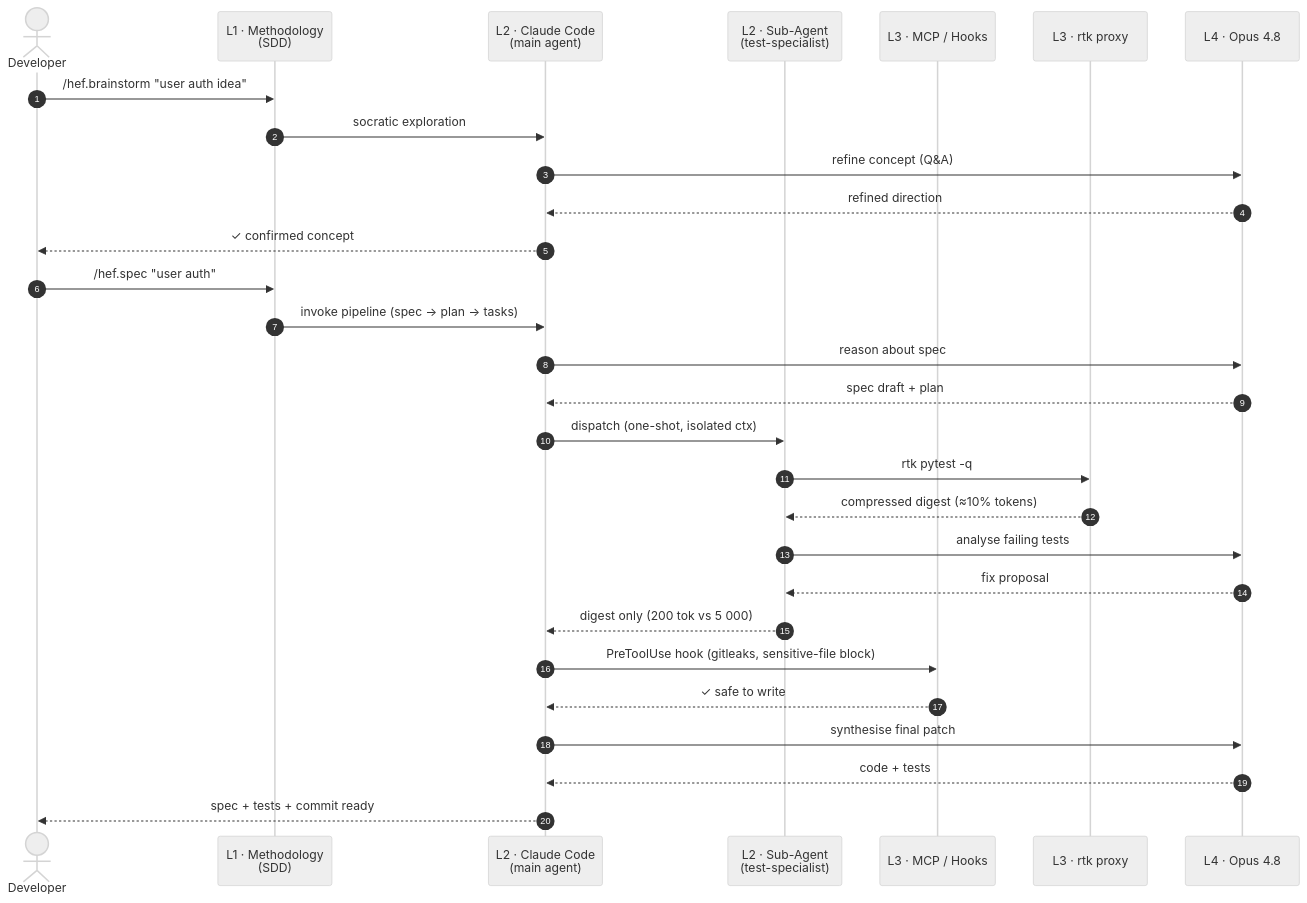
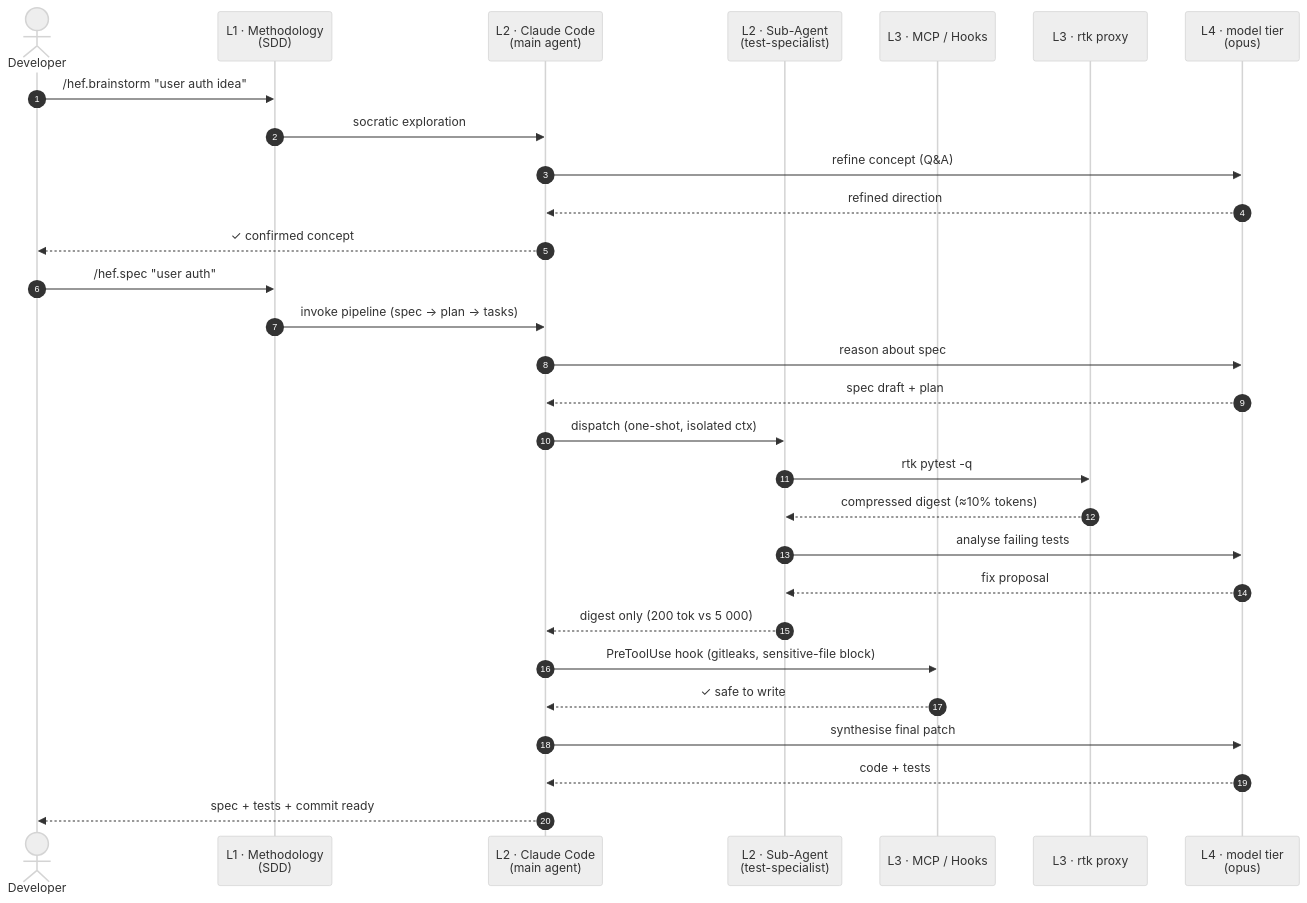
One commit to joaoariedi/hefesto changed the diagram in docs/architecture.md. Above: the diagram before and after it, drawn with Mermaid (neutral theme). The commit also changed other lines of this file and 2 other files, not shown here.

First line of the commit message:
docs(architecture): tiers instead of model names, harness framing, real hook count

````diff
--- a/docs/architecture.md
+++ b/docs/architecture.md
@@ -49,32 +49,32 @@
 ```mermaid
 sequenceDiagram
     autonumber
     actor Dev as Developer
     participant FW as L1 · Methodology<br/>(SDD)
     participant CC as L2 · Claude Code<br/>(main agent)
     participant Sub as L2 · Sub-Agent<br/>(test-specialist)
     participant MCP as L3 · MCP / Hooks
     participant RTK as L3 · rtk proxy
-    participant Mod as L4 · Opus 4.8
+    participant Mod as L4 · model tier<br/>(opus)
 
     Dev->>FW: /hef.brainstorm "user auth idea"
     FW->>CC: socratic exploration
     CC->>Mod: refine concept (Q&A)
     Mod-->>CC: refined direction
     CC-->>Dev: ✓ confirmed concept
     Dev->>FW: /hef.spec "user auth"
     FW->>CC: invoke pipeline (spec → plan → tasks)
     CC->>Mod: reason about spec
     Mod-->>CC: spec draft + plan
     CC->>Sub: dispatch (one-shot, isolated ctx)
     Sub->>RTK: rtk pytest -q
     RTK-->>Sub: compressed digest (≈10% tokens)
     Sub->>Mod: analyse failing tests
     Mod-->>Sub: fix proposal
     Sub-->>CC: digest only (200 tok vs 5 000)
     CC->>MCP: PreToolUse hook (gitleaks, sensitive-file block)
     MCP-->>CC: ✓ safe to write
     CC->>Mod: synthesise final patch
     Mod-->>CC: code + tests
     CC-->>Dev: spec + tests + commit ready
 ```
````
